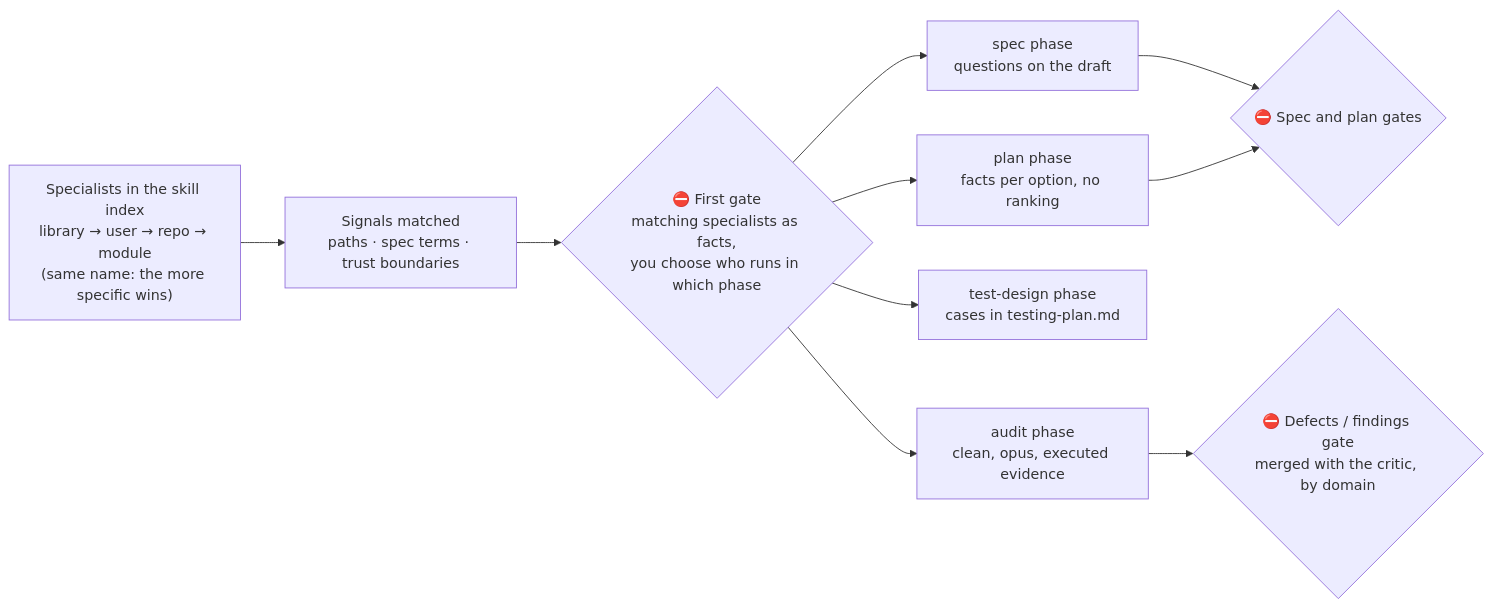
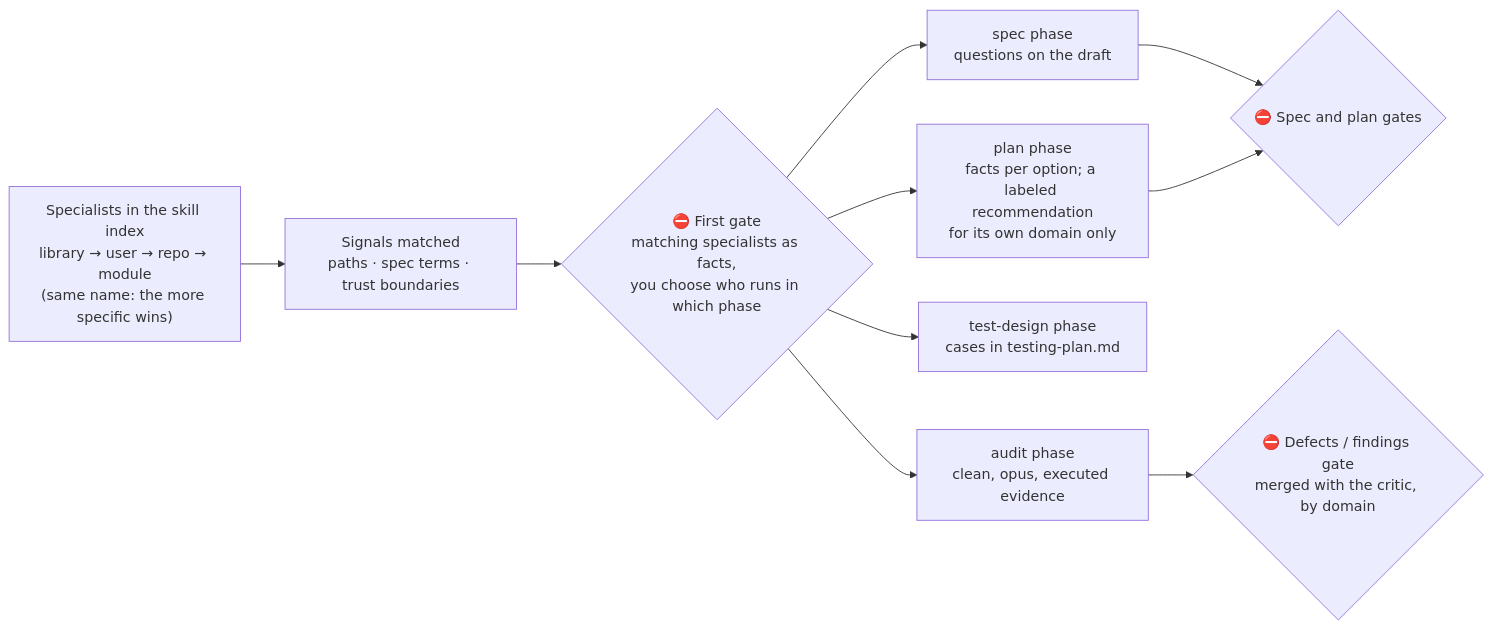
One commit to mariopedemonte12/claude-feature-workflow changed diagram 11 of 12 in docs/architecture.md. Above: the diagram before and after it, drawn with Mermaid. The commit also changed other lines of this file and 2 other files, not shown here.

````diff
--- a/docs/architecture.md
+++ b/docs/architecture.md
@@ -375,11 +375,11 @@
 ```mermaid
 flowchart LR
     IX["Specialists in the skill index<br/>library → user → repo → module<br/>(same name: the more specific wins)"] --> SG["Signals matched<br/>paths · spec terms · trust boundaries"]
     SG --> G{"⛔ First gate<br/>matching specialists as facts,<br/>you choose who runs in which phase"}
     G --> S1["spec phase<br/>questions on the draft"]
-    G --> S2["plan phase<br/>facts per option, no ranking"]
+    G --> S2["plan phase<br/>facts per option; a labeled recommendation<br/>for its own domain only"]
     G --> S3["test-design phase<br/>cases in testing-plan.md"]
     G --> S4["audit phase<br/>clean, opus, executed evidence"]
     S1 & S2 --> GA{"⛔ Spec and plan gates"}
     S4 --> GD{"⛔ Defects / findings gate<br/>merged with the critic, by domain"}
 ```
````
